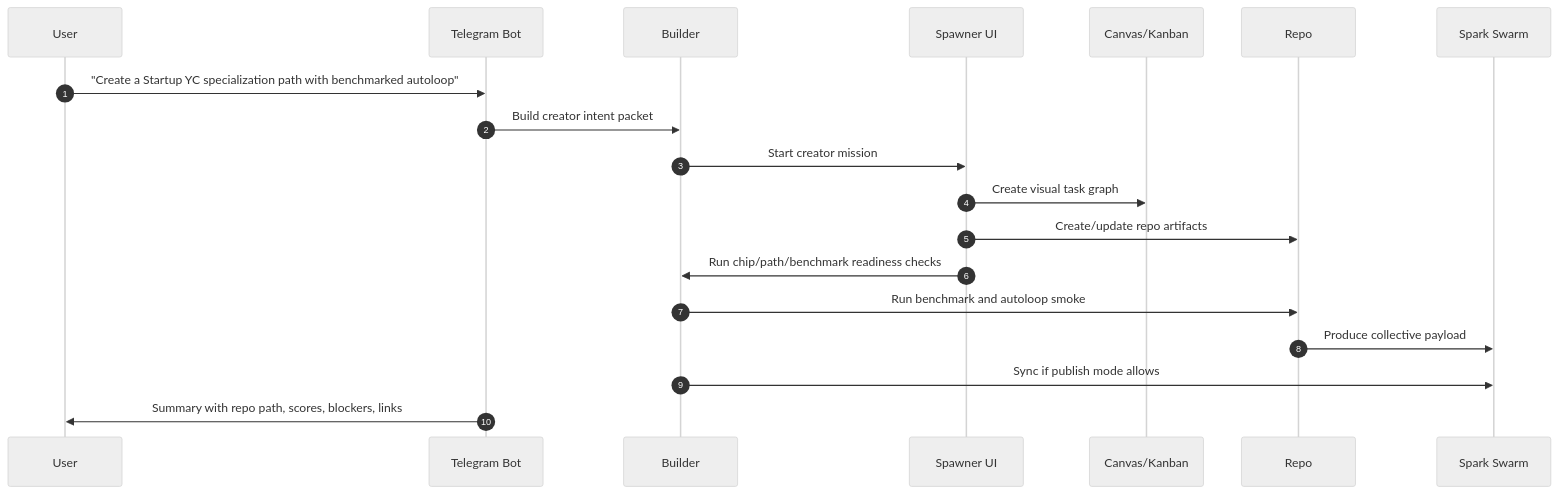
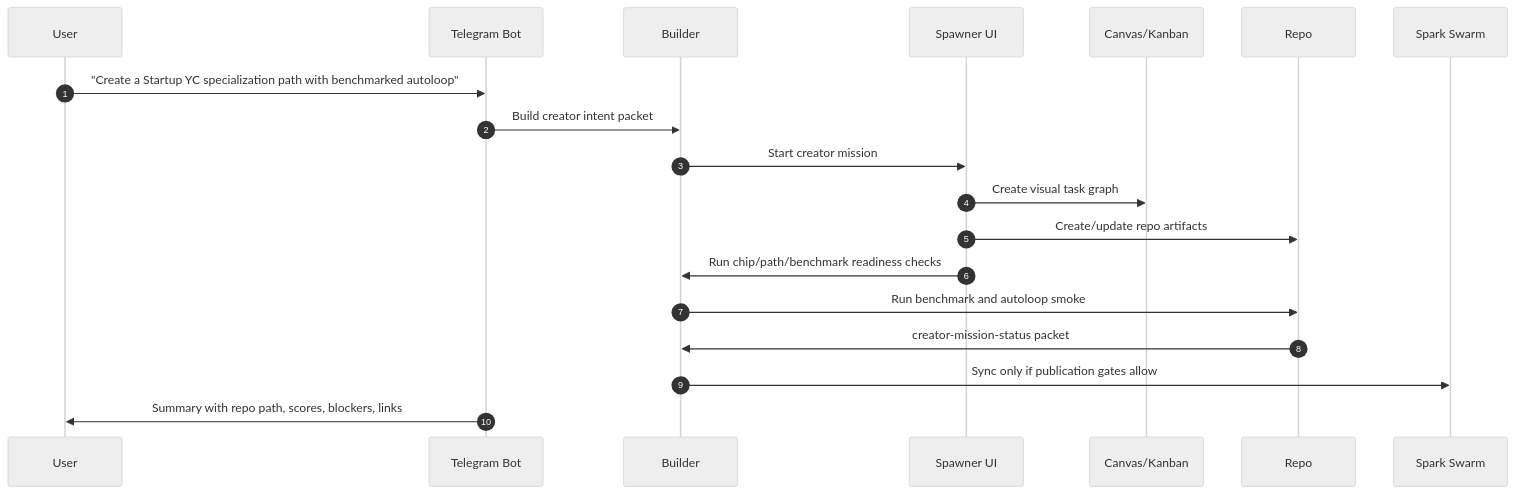
One commit to vibeforge1111/spark-domain-chip-labs changed the diagram in docs/creator_system/TELEGRAM_BUILDER_SPAWNER_CREATOR_FLOW.md. Above: the diagram before and after it, drawn with Mermaid (neutral theme). The commit also changed other lines of this file and 3 other files, not shown here.

Commit message:
Align product flow docs to mission adapter

````diff
--- a/docs/creator_system/TELEGRAM_BUILDER_SPAWNER_CREATOR_FLOW.md
+++ b/docs/creator_system/TELEGRAM_BUILDER_SPAWNER_CREATOR_FLOW.md
@@ -30,22 +35,22 @@
 ```mermaid
 sequenceDiagram
   autonumber
   participant U as User
   participant T as Telegram Bot
   participant B as Builder
   participant S as Spawner UI
   participant C as Canvas/Kanban
   participant R as Repo
   participant W as Spark Swarm
 
   U->>T: "Create a Startup YC specialization path with benchmarked autoloop"
   T->>B: Build creator intent packet
   B->>S: Start creator mission
   S->>C: Create visual task graph
   S->>R: Create/update repo artifacts
   S->>B: Run chip/path/benchmark readiness checks
   B->>R: Run benchmark and autoloop smoke
-  R->>W: Produce collective payload
-  B->>W: Sync if publish mode allows
+  R->>B: creator-mission-status packet
+  B->>W: Sync only if publication gates allow
   T->>U: Summary with repo path, scores, blockers, links
 ```
````
